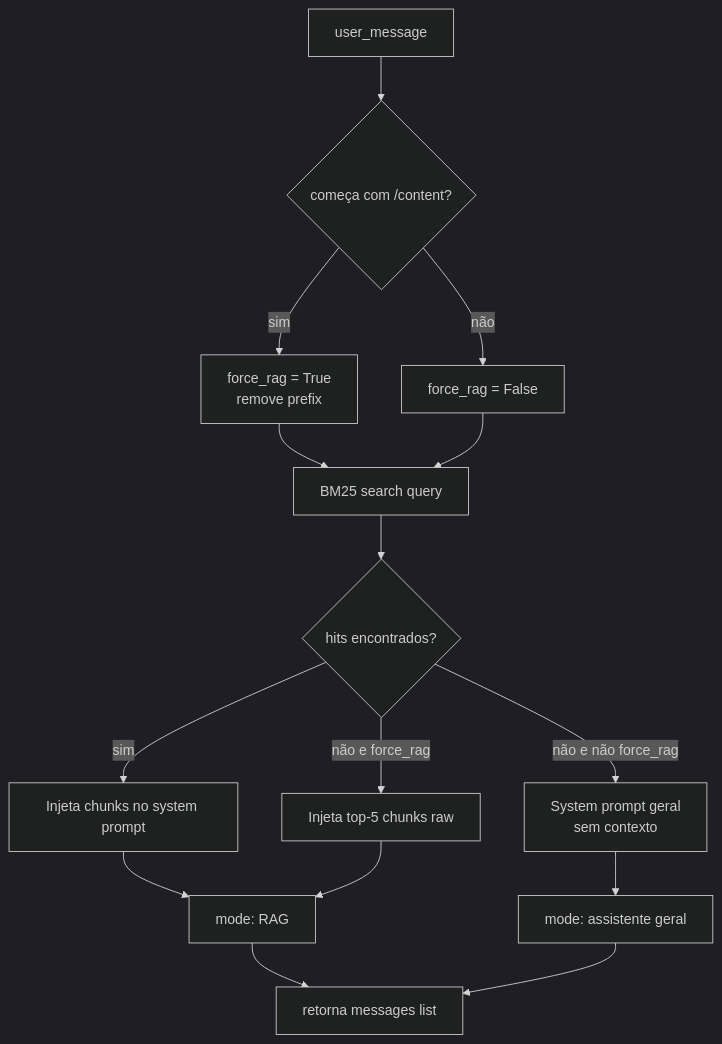
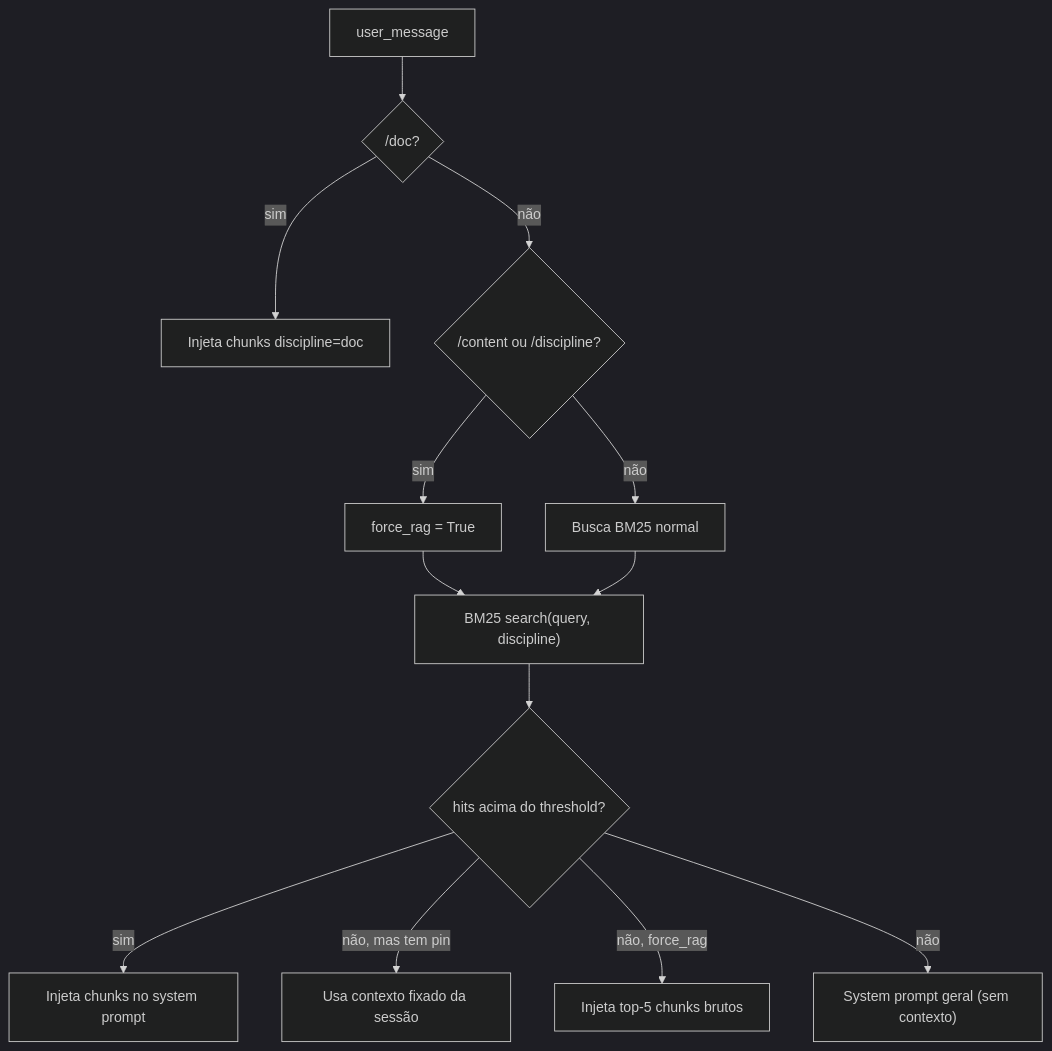
One commit to GaabDevWeb/KernelBot changed the second of 2 diagrams in content/doc/documentation.md. Above: the diagram before and after it, drawn with Mermaid (dark theme). The commit also changed other lines of this file and 15 other files, not shown here.

````diff
--- a/content/doc/documentation.md
+++ b/content/doc/documentation.md
@@ -142,17 +159,15 @@
 ```mermaid
 flowchart TD
-    A[user_message] --> B{começa com /content?}
-    B -->|sim| C[force_rag = True\nremove prefix]
-    B -->|não| D[force_rag = False]
-    C --> E[BM25 search query]
-    D --> E
-    E --> F{hits encontrados?}
-    F -->|sim| G[Injeta chunks no system prompt]
-    F -->|não e force_rag| H[Injeta top-5 chunks raw]
-    F -->|não e não force_rag| I[System prompt geral\nsem contexto]
-    G --> J[mode: RAG]
-    H --> J
-    I --> K[mode: assistente geral]
-    J --> L[retorna messages list]
-    K --> L
+    A["user_message"] --> B{"/doc?"}
+    B -->|sim| C["Injeta chunks discipline=doc"]
+    B -->|não| D{"/content ou /discipline?"}
+    D -->|sim| E["force_rag = True"]
+    D -->|não| F["Busca BM25 normal"]
+    E --> G["BM25 search(query, discipline)"]
+    F --> G
+    G --> H{"hits acima do threshold?"}
+    H -->|sim| I["Injeta chunks no system prompt"]
+    H -->|não, mas tem pin| J["Usa contexto fixado da sessão"]
+    H -->|não, force_rag| K["Injeta top-5 chunks brutos"]
+    H -->|não| L["System prompt geral (sem contexto)"]
 ```
````
